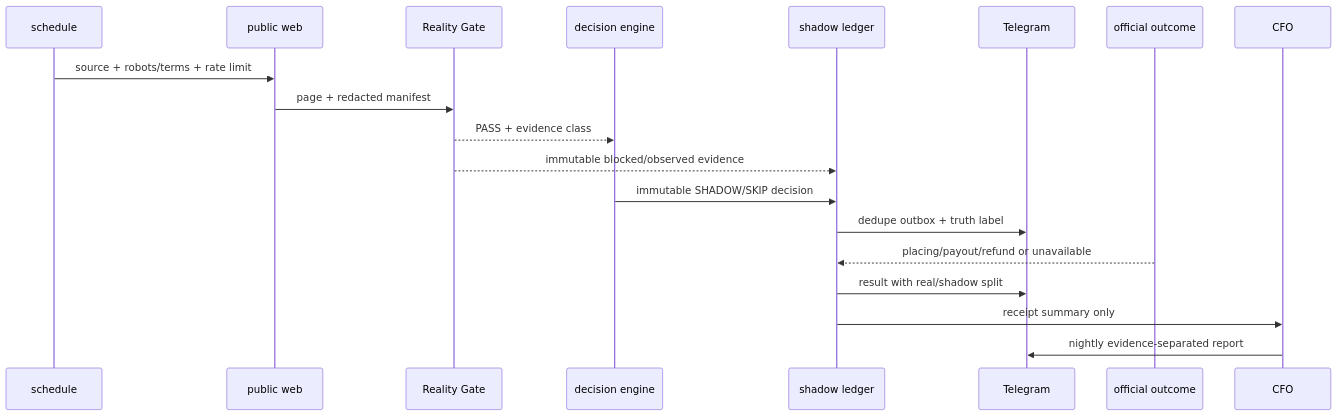
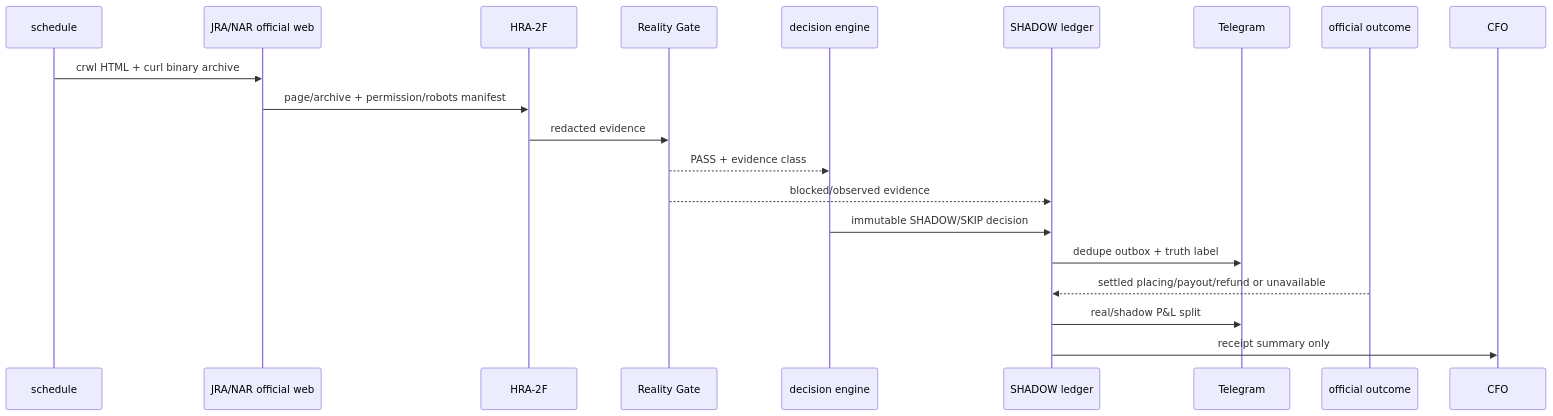
Before and after one commit to Daisuke134/anicca: the third of 3 diagrams in docs/superpowers/specs/2026-08-09-life-manager-horse-racing-agent-design.md, drawn with Mermaid. The commit also changed other lines of this file, not shown here.

Commit message:
docs(horse-racing): promote NAR official free data

```diff
--- a/docs/superpowers/specs/2026-08-09-life-manager-horse-racing-agent-design.md
+++ b/docs/superpowers/specs/2026-08-09-life-manager-horse-racing-agent-design.md
@@ -186,21 +215,22 @@
 ~~~mermaid
 sequenceDiagram
   participant S as schedule
-  participant W as public web
+  participant W as JRA/NAR official web
+  participant F as HRA-2F
   participant R as Reality Gate
   participant D as decision engine
-  participant L as shadow ledger
+  participant L as SHADOW ledger
   participant T as Telegram
   participant O as official outcome
   participant C as CFO
-  S->>W: source + robots/terms + rate limit
-  W->>R: page + redacted manifest
+  S->>W: crwl HTML + curl binary archive
+  W->>F: page/archive + permission/robots manifest
+  F->>R: redacted evidence
   R-->>D: PASS + evidence class
-  R-->>L: immutable blocked/observed evidence
+  R-->>L: blocked/observed evidence
   D->>L: immutable SHADOW/SKIP decision
   L->>T: dedupe outbox + truth label
-  O-->>L: placing/payout/refund or unavailable
-  L->>T: result with real/shadow split
+  O-->>L: settled placing/payout/refund or unavailable
+  L->>T: real/shadow P&L split
   L->>C: receipt summary only
-  C->>T: nightly evidence-separated report
 ~~~
```
